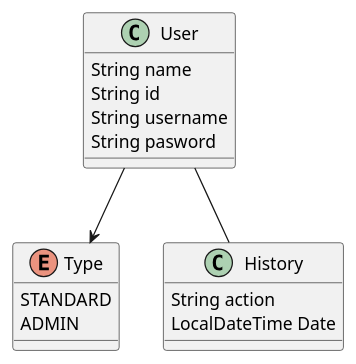
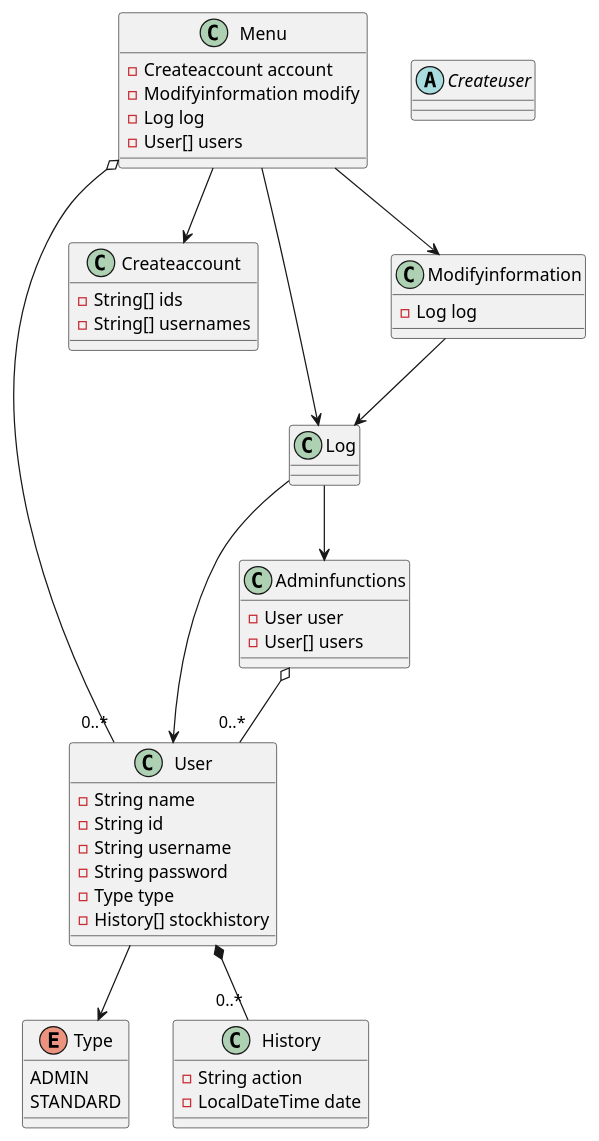
Before and after one commit to Roman27-gg/PROYECTOUSUARIOS: the diagram in src/uml/user.plantuml, drawn with PlantUML. The commit also changed 1 other file, not shown here.

Commit message:
Uml changes

```diff
--- a/src/uml/user.plantuml
+++ b/src/uml/user.plantuml
@@ -1,23 +1,59 @@
-@startuml user
-class User {
-    String name
-    String id
-    String username 
-    String pasword
+@startuml logic
+
+enum Type {
+  ADMIN
+  STANDARD
 }
 
-enum Type {
-    STANDARD
-    ADMIN
+class User {
+  - String name
+  - String id
+  - String username
+  - String password
+  - Type type
+  - History[] stockhistory
 }
 
-User --> Type
-
 class History {
-    String action 
-    LocalDateTime Date
+  - String action
+  - LocalDateTime date
 }
 
-User -- History
+class Adminfunctions {
+  - User user
+  - User[] users
+}
+
+class Createaccount {
+  - String[] ids
+  - String[] usernames
+}
+
+abstract class Createuser
+
+class Log {
+}
+
+class Menu {
+  - Createaccount account
+  - Modifyinformation modify
+  - Log log
+  - User[] users
+}
+
+class Modifyinformation {
+  - Log log
+}
+
+User *-- "0..*" History
+User --> Type
+Adminfunctions o-- "0..*" User
+Menu --> Createaccount
+Menu o-- "0..*" User
+Menu --> Log
+Menu --> Modifyinformation
+Modifyinformation --> Log
+Log --> User
+Log --> Adminfunctions
 
 @enduml
```
